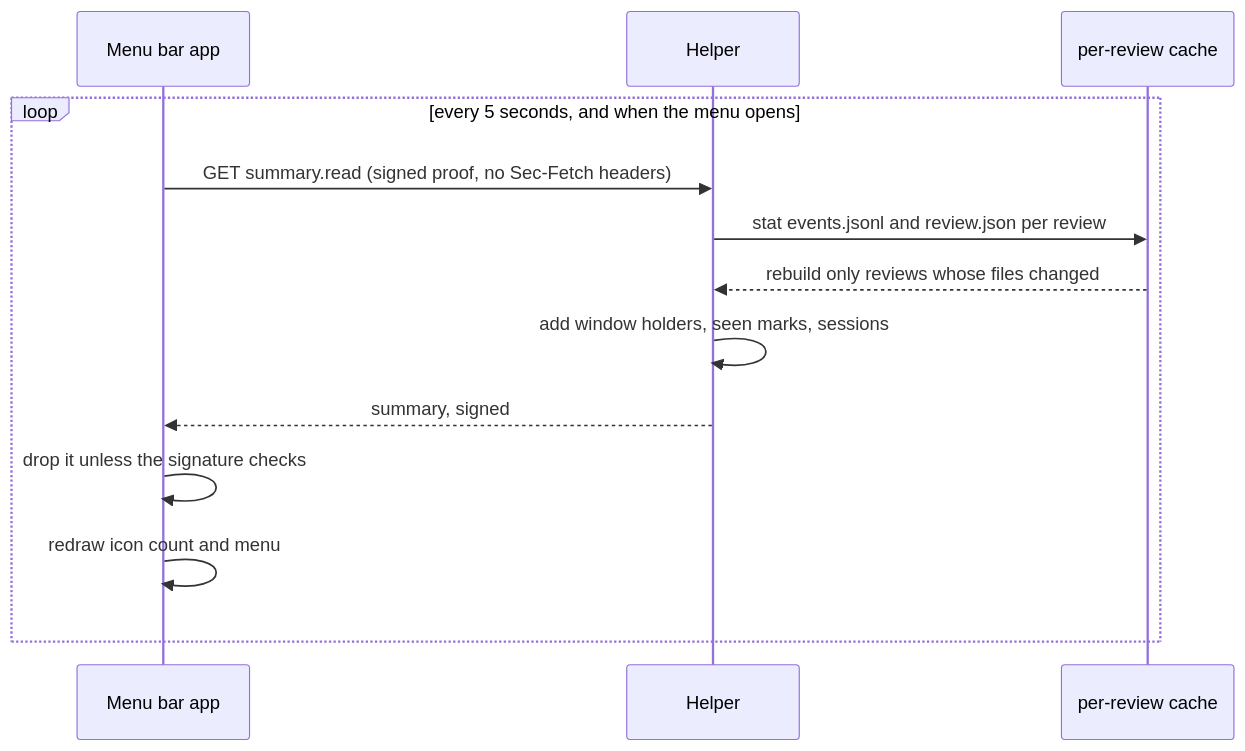
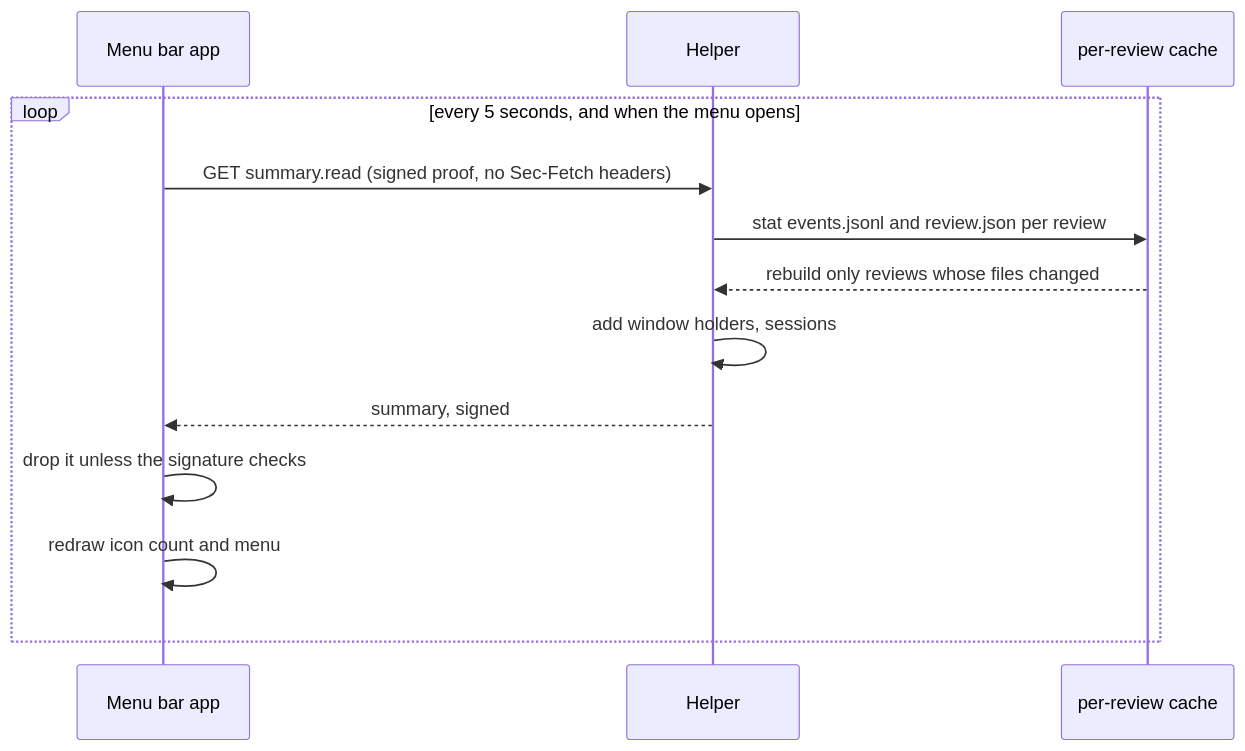
Before and after one commit to kenxle/live-agentic-html-editor: the second of 4 diagrams in docs/features/20261012.01_menu_bar_app/02_architecture_menu_bar_app.md, drawn with Mermaid. The commit also changed other lines of this file and 9 other files, not shown here.

````diff
--- a/docs/features/20261012.01_menu_bar_app/02_architecture_menu_bar_app.md
+++ b/docs/features/20261012.01_menu_bar_app/02_architecture_menu_bar_app.md
@@ -143,15 +144,15 @@
 ```mermaid
 sequenceDiagram
     participant App as Menu bar app
     participant H as Helper
     participant Cache as per-review cache
     loop every 5 seconds, and when the menu opens
         App->>H: GET summary.read (signed proof, no Sec-Fetch headers)
         H->>Cache: stat events.jsonl and review.json per review
         Cache-->>H: rebuild only reviews whose files changed
-        H->>H: add window holders, seen marks, sessions
+        H->>H: add window holders, sessions
         H-->>App: summary, signed
         App->>App: drop it unless the signature checks
         App->>App: redraw icon count and menu
     end
 ```
````
